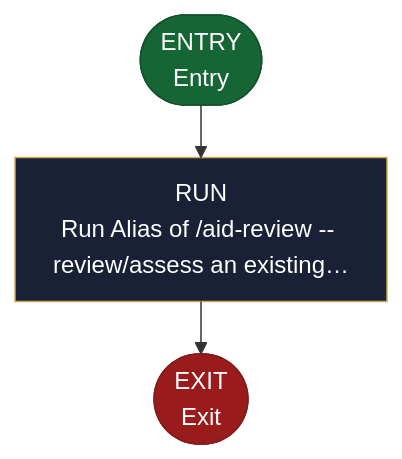
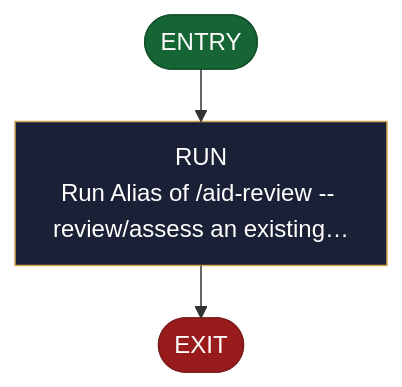
Before and after one commit to AndreVianna/aid-methodology: the diagram in site/src/content/docs/skills/aid-audit.md, drawn with Mermaid. The commit also changed 13 other files, not shown here.

````diff
--- a/site/src/content/docs/skills/aid-audit.md
+++ b/site/src/content/docs/skills/aid-audit.md
@@ -22,29 +22,29 @@
 ```mermaid
 ---
 config:
   layout: elk
   flowchart:
     nodeSpacing: 55
     rankSpacing: 65
     padding: 12
     useMaxWidth: true
 ---
 flowchart TB
   classDef aidNode color:#fff
   classDef aidEntry fill:#166534,stroke:#14532d,color:#fff
   classDef aidExit fill:#991b1b,stroke:#7f1d1d,color:#fff
   classDef aidDecision fill:#92400e,stroke:#78350f,color:#fff
   classDef aidLoopBack fill:#1e3a8a,stroke:#1e3a8a,color:#fff
   classDef aidStep fill:#1a2035,stroke:#d4a853,color:#f1f5f9
-  n1(["ENTRY<br/>Entry"])
+  n1(["ENTRY"])
   n2["RUN<br/>Run Alias of /aid-review -- review/assess an existing…"]
-  n3(["EXIT<br/>Exit"])
+  n3(["EXIT"])
   n1 --> n2
   n2 --> n3
   class n1 aidEntry
   class n2 aidStep
   class n3 aidExit
   class n1 aidNode
   class n2 aidNode
   class n3 aidNode
 ```
````
